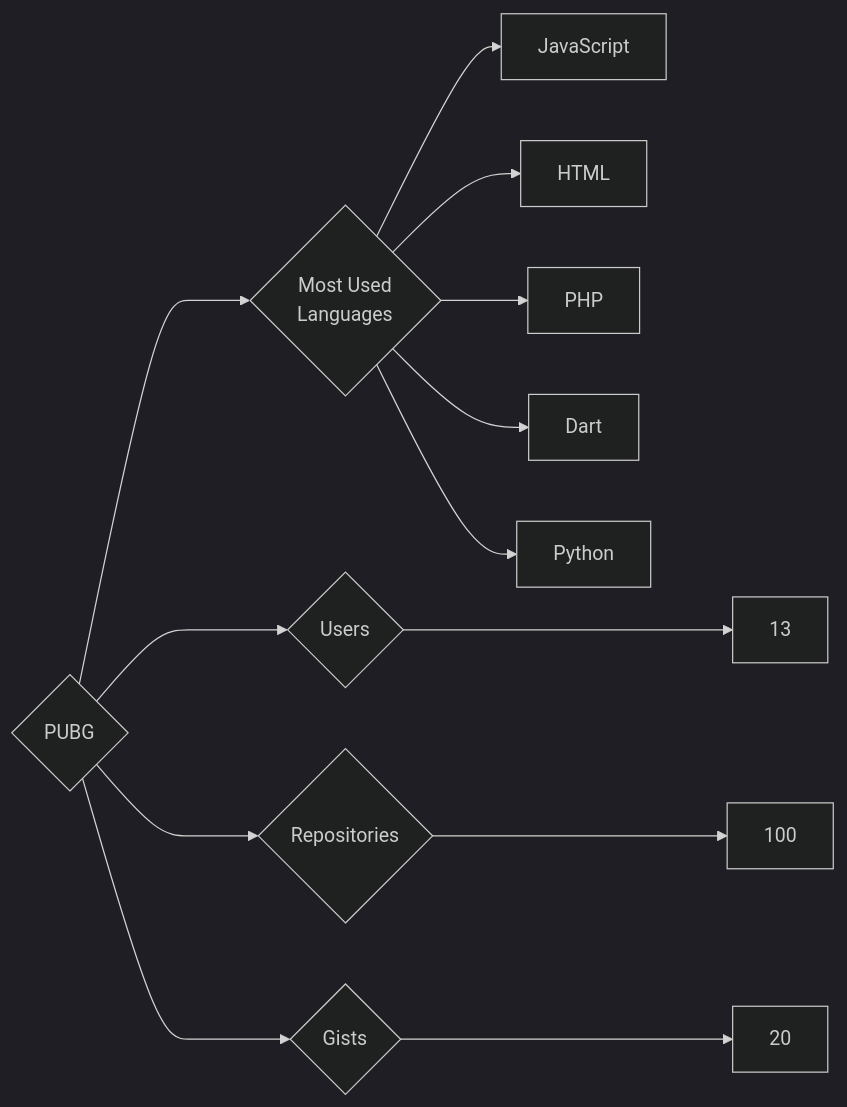
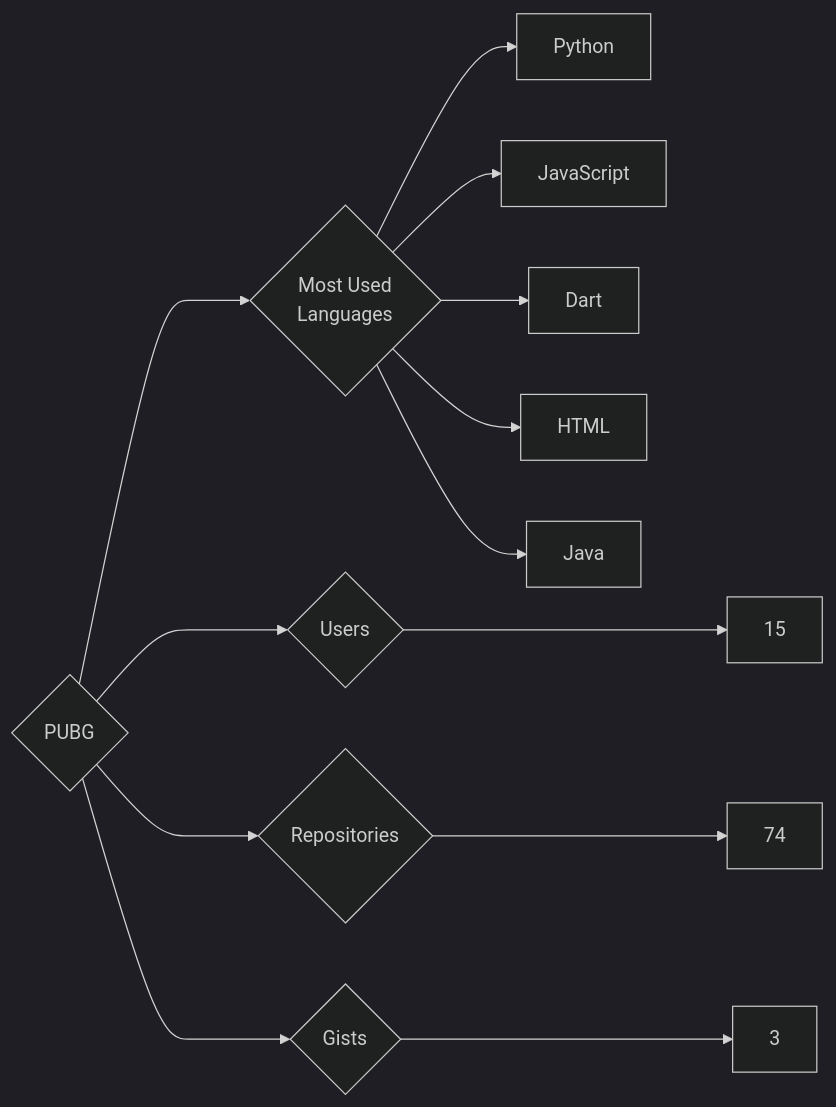
The diagram in targets/PUBG/README.md (trickest/insiders), drawn with Mermaid (dark theme) before and after one commit. The commit also changed 912 other files, not shown here.

````diff
--- a/targets/PUBG/README.md
+++ b/targets/PUBG/README.md
@@ -3,13 +3,13 @@
 ```mermaid
 graph LR
 COMPANY_NAME{PUBG}
-COMPANY_NAME ---> U{Users} ---> UN[13]
-COMPANY_NAME ---> R{Repositories} ---> RN[100]
-COMPANY_NAME ---> G{Gists} ---> GN[20]
+COMPANY_NAME ---> U{Users} ---> UN[15]
+COMPANY_NAME ---> R{Repositories} ---> RN[74]
+COMPANY_NAME ---> G{Gists} ---> GN[3]
 COMPANY_NAME ---> ML{Most Used<br>Languages}
+ML --> Python[Python]
 ML --> JavaScript[JavaScript]
+ML --> Dart[Dart]
 ML --> HTML[HTML]
-ML --> PHP[PHP]
-ML --> Dart[Dart]
-ML --> Python[Python]
+ML --> Java[Java]
 ```
````
